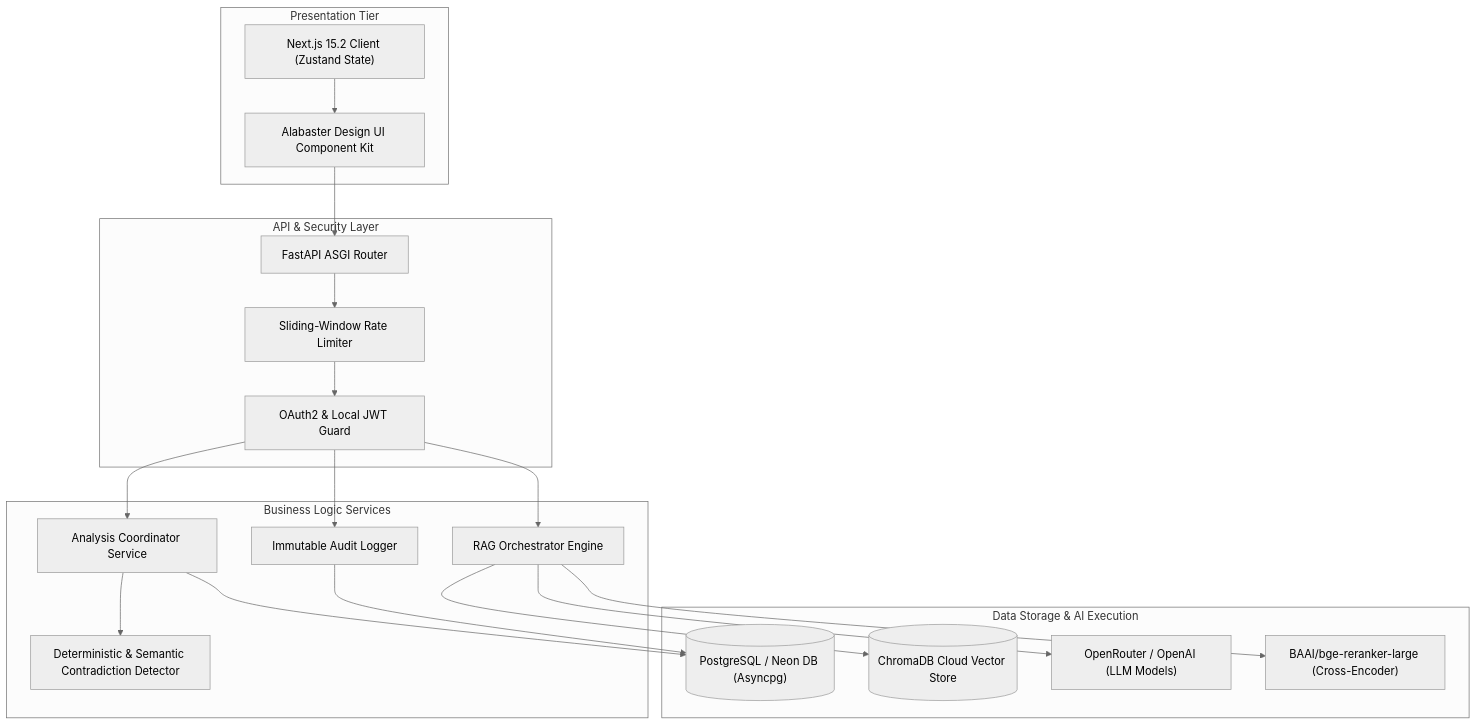
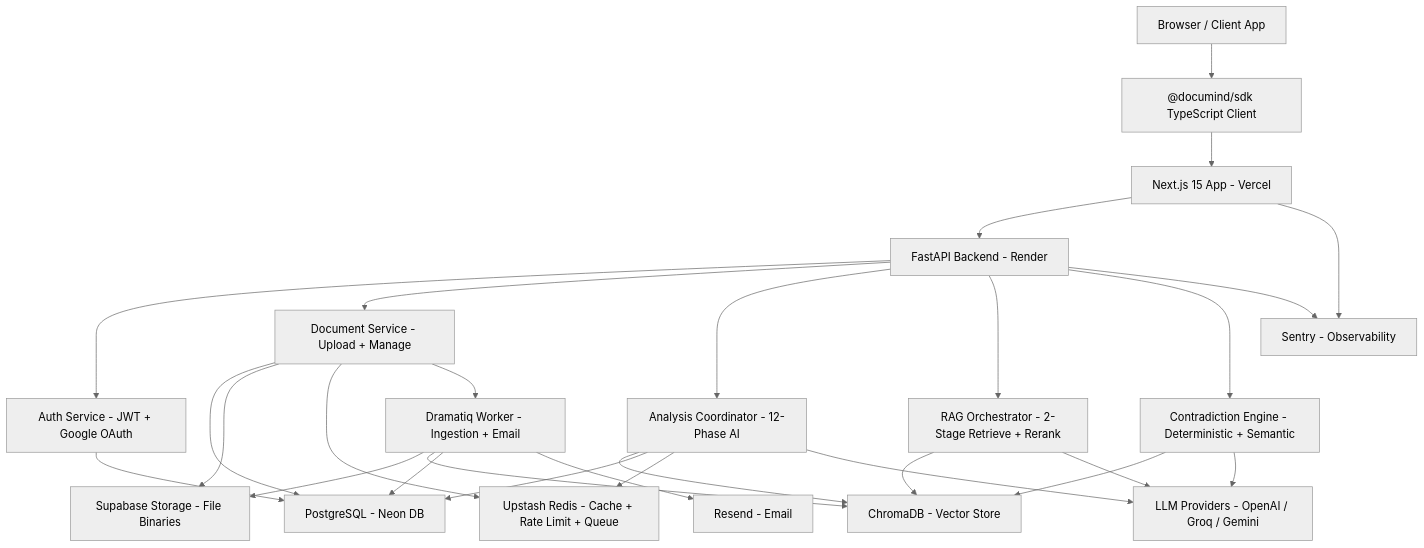
One commit to shiteshkhaw/DocuMindAI changed the first of 7 diagrams in README.md. Above: the diagram before and after it, drawn with Mermaid (neutral theme). The commit also changed other lines of this file and 2 other files, not shown here.

````diff
--- a/README.md
+++ b/README.md
@@ -39,41 +314,29 @@
 ```mermaid
-graph TB
-    subgraph "Presentation Tier"
-        UI["Next.js 15.2 Client (Zustand State)"]
-        Components["Alabaster Design UI Component Kit"]
-    end
+flowchart TD
+    User["Browser / Client App"]
+    SDK["@documind/sdk TypeScript Client"]
+    NextJS["Next.js 15 App - Vercel"]
+    API["FastAPI Backend - Render"]
+    Auth["Auth Service - JWT + Google OAuth"]
+    DocService["Document Service - Upload + Manage"]
+    AnalysisCoord["Analysis Coordinator - 12-Phase AI"]
+    RAG["RAG Orchestrator - 2-Stage Retrieve + Rerank"]
+    CE["Contradiction Engine - Deterministic + Semantic"]
+    Postgres["PostgreSQL - Neon DB"]
+    Chroma["ChromaDB - Vector Store"]
+    Redis["Upstash Redis - Cache + Rate Limit + Queue"]
+    Worker["Dramatiq Worker - Ingestion + Email"]
+    Supabase["Supabase Storage - File Binaries"]
+    Sentry["Sentry - Observability"]
+    Resend["Resend - Email"]
+    LLM["LLM Providers - OpenAI / Groq / Gemini"]
 
-    subgraph "API & Security Layer"
-        Router["FastAPI ASGI Router"]
-        Auth["OAuth2 & Local JWT Guard"]
-        Limiter["Sliding-Window Rate Limiter"]
-    end
-
-    subgraph "Business Logic Services"
-        Analysis["Analysis Coordinator Service"]
-        RAG["RAG Orchestrator Engine"]
-        ContrEngine["Deterministic & Semantic Contradiction Detector"]
-        Audit["Immutable Audit Logger"]
-    end
-
-    subgraph "Data Storage & AI Execution"
-        Postgres[("PostgreSQL / Neon DB (Asyncpg)")]
-        Chroma[("ChromaDB Cloud Vector Store")]
-        LLM["OpenRouter / OpenAI (LLM Models)"]
-        CE["BAAI/bge-reranker-large (Cross-Encoder)"]
-    end
-
-    UI --> Components
-    Components --> Router
-    Router --> Limiter
-    Limiter --> Auth
-    Auth --> Analysis
-    Auth --> RAG
-    Auth --> Audit
-    Analysis --> ContrEngine
-    Analysis --> Postgres
-    RAG --> Chroma
-    RAG --> CE
-    RAG --> LLM
-    Audit --> Postgres
+    User --> SDK --> NextJS --> API
+    API --> Auth --> Postgres
+    API --> DocService --> Postgres & Supabase & Redis & Worker
+    API --> AnalysisCoord --> Chroma & Postgres & Redis & LLM
+    API --> RAG --> Chroma & LLM
+    API --> CE --> Chroma & LLM
+    Worker --> Supabase & Chroma & Postgres & Resend
+    API & NextJS --> Sentry
 ```
````
